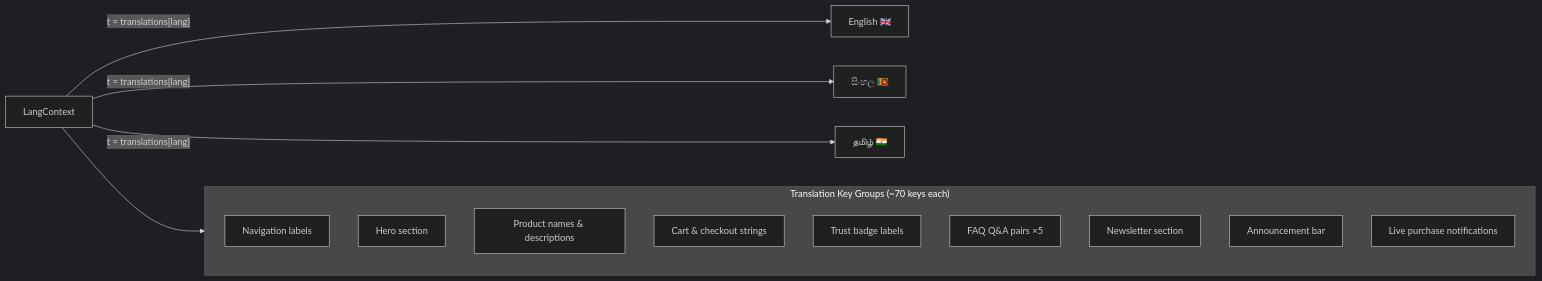
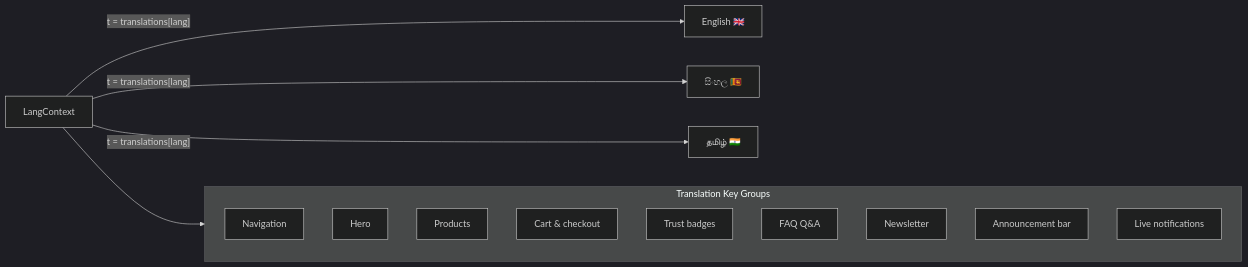
Before and after one commit to Aakashwije/INTIMATE_HYGIENE: the tenth of 12 diagrams in README.md, drawn with Mermaid (dark theme). The commit also changed other lines of this file and 7 other files, not shown here.

````diff
--- a/README.md
+++ b/README.md
@@ -278,21 +504,21 @@
 ```mermaid
 graph LR
     LangContext -->|"t = translations[lang]"| EN[English 🇬🇧]
     LangContext -->|"t = translations[lang]"| SI[සිංහල 🇱🇰]
     LangContext -->|"t = translations[lang]"| TA[தமிழ் 🇮🇳]
 
-    subgraph Keys["Translation Key Groups (~70 keys each)"]
+    subgraph Keys["Translation Key Groups"]
         direction TB
-        NAV[Navigation labels]
-        HERO[Hero section]
-        PRODUCTS[Product names & descriptions]
-        CART[Cart & checkout strings]
-        TRUST[Trust badge labels]
-        FAQ[FAQ Q&A pairs ×5]
-        NEWSLETTER[Newsletter section]
+        NAV[Navigation]
+        HERO[Hero]
+        PRODUCTS[Products]
+        CART[Cart & checkout]
+        TRUST[Trust badges]
+        FAQ[FAQ Q&A]
+        NEWSLETTER[Newsletter]
         ANNOUNCE[Announcement bar]
-        NOTIFY[Live purchase notifications]
+        NOTIFY[Live notifications]
     end
 
     LangContext --> Keys
 ```
````
